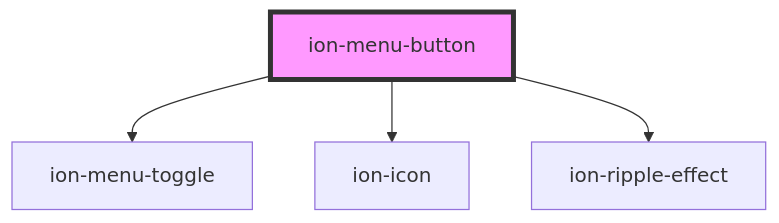
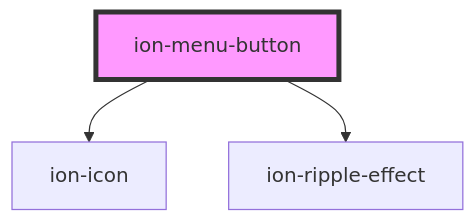
One commit to fattycrocodile/ionic-frameworks changed the diagram in core/src/components/menu-button/readme.md. Above: the diagram before and after it, drawn with Mermaid. The commit also changed other lines of this file and 7 other files, not shown here.

First line of the commit message:
fix(menu-button): hide menu button when auto hide or split pane (#18702)

````diff
--- a/core/src/components/menu-button/readme.md
+++ b/core/src/components/menu-button/readme.md
@@ -46,7 +45,6 @@
 ```mermaid
 graph TD;
-  ion-menu-button --> ion-menu-toggle
   ion-menu-button --> ion-icon
   ion-menu-button --> ion-ripple-effect
   style ion-menu-button fill:#f9f,stroke:#333,stroke-width:4px
 ```
````
